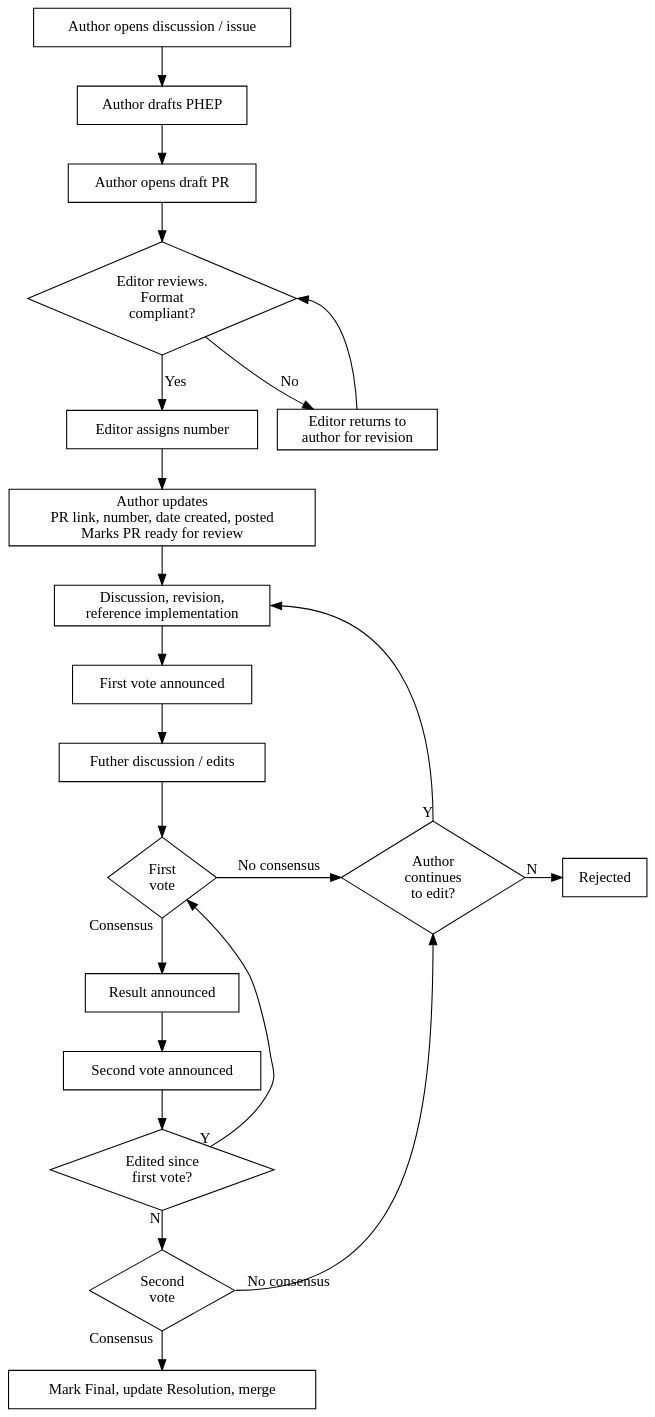
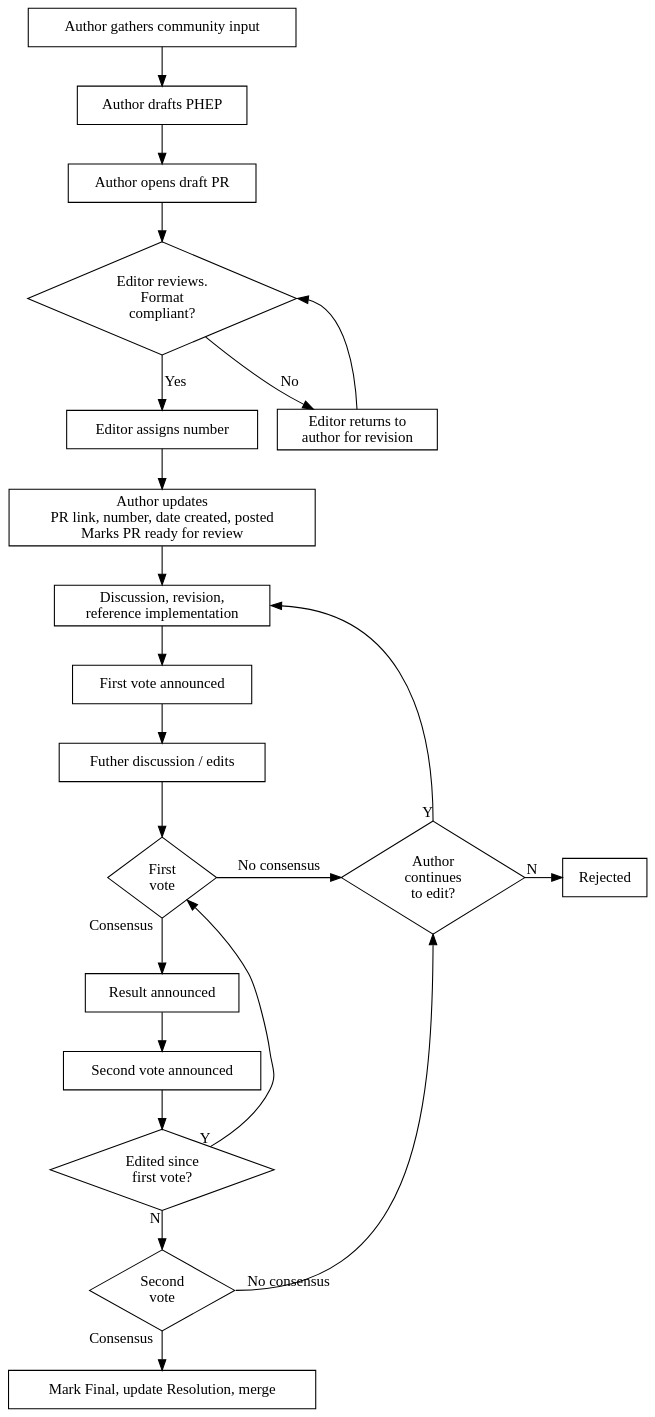
One commit to heliophysicsPy/standards changed the diagram in pheps/phep-0001/workflow.dot. Above: the diagram before and after it, drawn with Graphviz. The commit also changed 1 other file, not shown here.

Commit message:
phep-0001: clarify first step of workflow diagram

```diff
--- a/pheps/phep-0001/workflow.dot
+++ b/pheps/phep-0001/workflow.dot
@@ -1,112 +1,112 @@
 // dot -Tsvg workflow.dot -o workflow.svg
 digraph g {
 graph [ rankdir="TB" ];
 bgcolor=transparent;
 splines=true;
 node [shape=box group=main];
 layout=dot;
 
 author_discussion [
-    label="Author opens discussion / issue" 
+    label="Author gathers community input" 
 ]
 
 author_draft [
     label="Author drafts PHEP"
 ]
 author_discussion -> author_draft
 
 author_pr [
     label="Author opens draft PR"
 ]
 author_draft -> author_pr
 
 editor_review [
     label="Editor reviews.\nFormat\ncompliant?"
     shape=diamond
 ]
 author_pr -> editor_review
 
 editor_assigns [
     label="Editor assigns number"
 ]
 editor_review -> editor_assigns [label="Yes"]
 
 author_updates_number [
     label="Author updates\nPR link, number, date created, posted\nMarks PR ready for review"
 ]
 editor_assigns -> author_updates_number
 
 discussion [
     label="Discussion, revision,\nreference implementation"
 ]
 author_updates_number -> discussion
 
 vote1_announced [
     label="First vote announced"
 ]
 discussion -> vote1_announced
 
 further_discussion [
     label="Futher discussion / edits"
 ]
 vote1_announced -> further_discussion
 
 vote1 [
     label="First\nvote"
     shape=diamond
 ]
 further_discussion -> vote1
 
 result1 [
     label="Result announced"
 ]
 edited -> vote1 [taillabel="Y" constraint=False]
 vote1 -> result1 [taillabel="Consensus"]
 
 vote2_announced [
     label="Second vote announced"
 ]
 result1 -> vote2_announced
 
 edited [
     label="Edited since\nfirst vote?"
     shape=diamond
 ]
 vote2_announced -> edited
 
 vote2 [
     label="Second\nvote"
     shape=diamond
 ]
 edited -> vote2 [taillabel="N"]
 
 final [
     label="Mark Final, update Resolution, merge"
 ]
 vote2 -> final [taillabel="Consensus"]
 
 return_for_revision [
     label="Editor returns to\nauthor for revision"
     group=right
 ]
 editor_review -> return_for_revision [label="No"]
 return_for_revision -> editor_review [constraint=False headport=e]
 
 author_continues [
     label="Author\ncontinues\nto edit?"
     shape=diamond
     group=right
 ]
 vote1 -> author_continues [label="No consensus" constraint=False]
 author_continues -> discussion [taillabel="Y" constraint=False tailport=n headport=e]
 vote2 -> author_continues [taillabel="No consensus" constraint=False headport=s tailport=e]
 
 rejected [
     label="Rejected"
     group=right
 ]
 author_continues -> rejected [taillabel="N" constraint=False]
 
 further_discussion -> author_continues [style="invis"]
 further_discussion -> rejected [style="invis"]
 }
```
